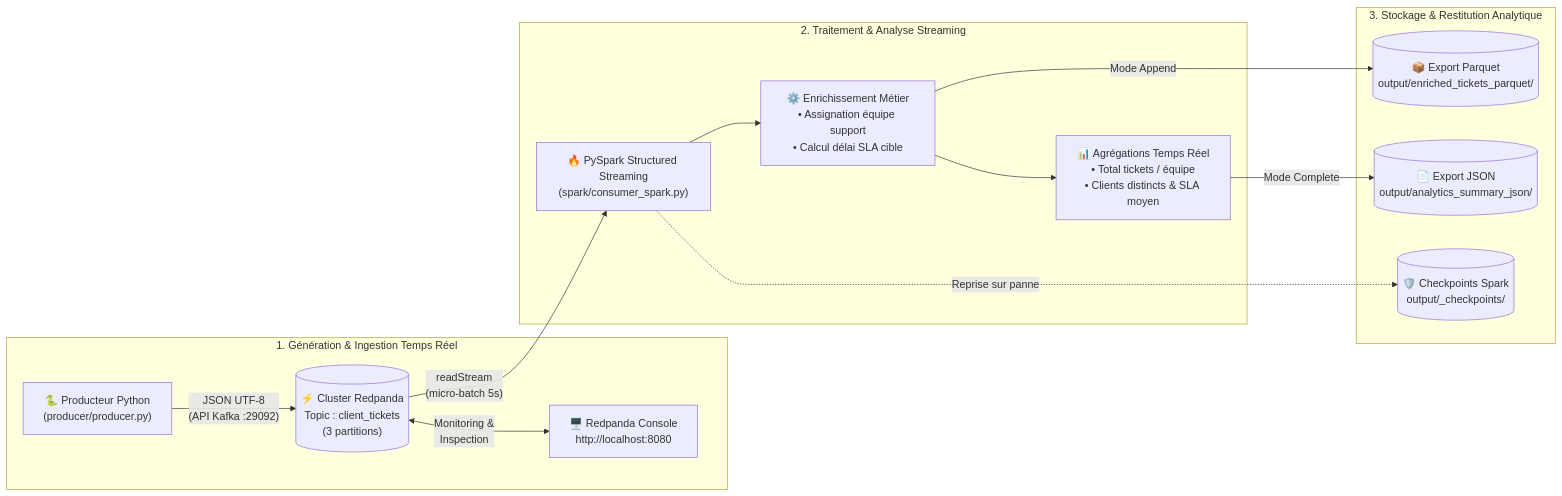
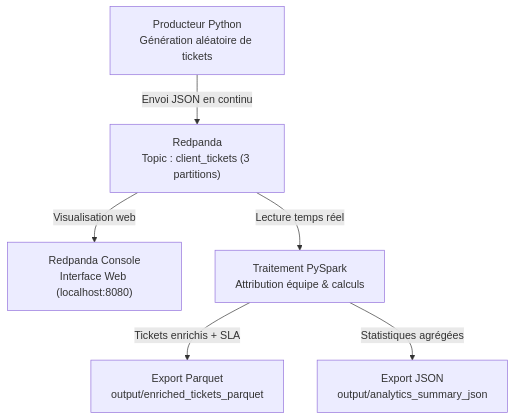
One commit to GodiForge/indutech-tickets-poc changed the diagram in README.md. Above: the diagram before and after it, drawn with Mermaid. The commit also changed other lines of this file and 2277 other files, not shown here.

````diff
--- a/README.md
+++ b/README.md
@@ -10,28 +9,8 @@
 ```mermaid
-flowchart LR
-    subgraph Ingestion ["1. Génération & Ingestion Temps Réel"]
-        P["🐍 Producteur Python<br/>(producer/producer.py)"]
-        RP[("⚡ Cluster Redpanda<br/>Topic : client_tickets<br/>(3 partitions)")]
-        UI["🖥️ Redpanda Console<br/>http://localhost:8080"]
-        P -->|"JSON UTF-8<br/>(API Kafka :29092)"| RP
-        RP <-->|"Monitoring &<br/>Inspection"| UI
-    end
-
-    subgraph Processing ["2. Traitement & Analyse Streaming"]
-        SP["🔥 PySpark Structured Streaming<br/>(spark/consumer_spark.py)"]
-        T1["⚙️ Enrichissement Métier<br/>• Assignation équipe support<br/>• Calcul délai SLA cible"]
-        T2["📊 Agrégations Temps Réel<br/>• Total tickets / équipe<br/>• Clients distincts & SLA moyen"]
-        RP -->|"readStream<br/>(micro-batch 5s)"| SP
-        SP --> T1
-        T1 --> T2
-    end
-
-    subgraph Storage ["3. Stockage & Restitution Analytique"]
-        PQ[("📦 Export Parquet<br/>output/enriched_tickets_parquet/")]
-        JS[("📄 Export JSON<br/>output/analytics_summary_json/")]
-        CP[("🛡️ Checkpoints Spark<br/>output/_checkpoints/")]
-        T1 -->|"Mode Append"| PQ
-        T2 -->|"Mode Complete"| JS
-        SP -.->|"Reprise sur panne"| CP
-    end
+flowchart TD
+    A["Producteur Python<br/>Génération aléatoire de tickets"] -->|"Envoi JSON en continu"| B["Redpanda<br/>Topic : client_tickets (3 partitions)"]
+    B -->|"Visualisation web"| C["Redpanda Console<br/>Interface Web (localhost:8080)"]
+    B -->|"Lecture temps réel"| D["Traitement PySpark<br/>Attribution équipe & calculs"]
+    D -->|"Tickets enrichis + SLA"| E["Export Parquet<br/>output/enriched_tickets_parquet"]
+    D -->|"Statistiques agrégées"| F["Export JSON<br/>output/analytics_summary_json"]
 ```
````
